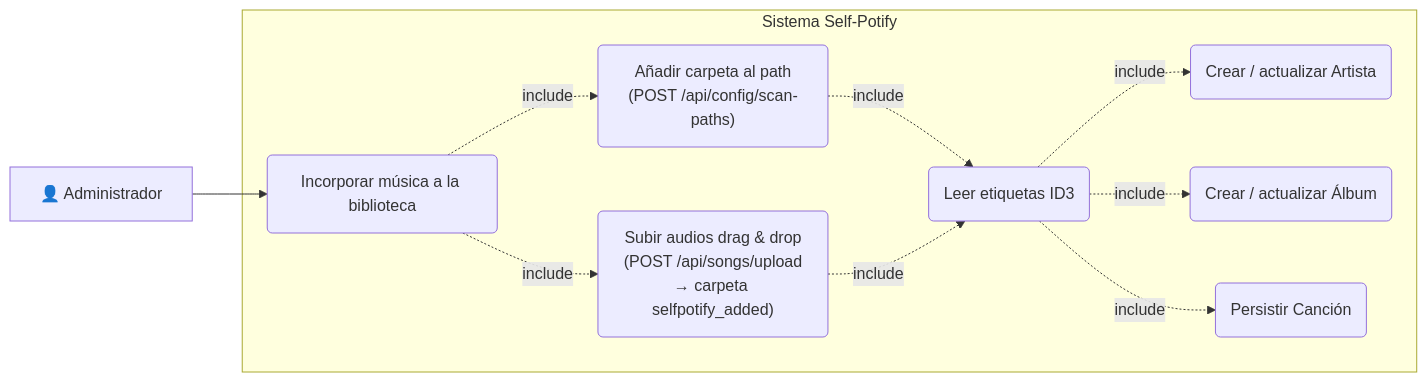
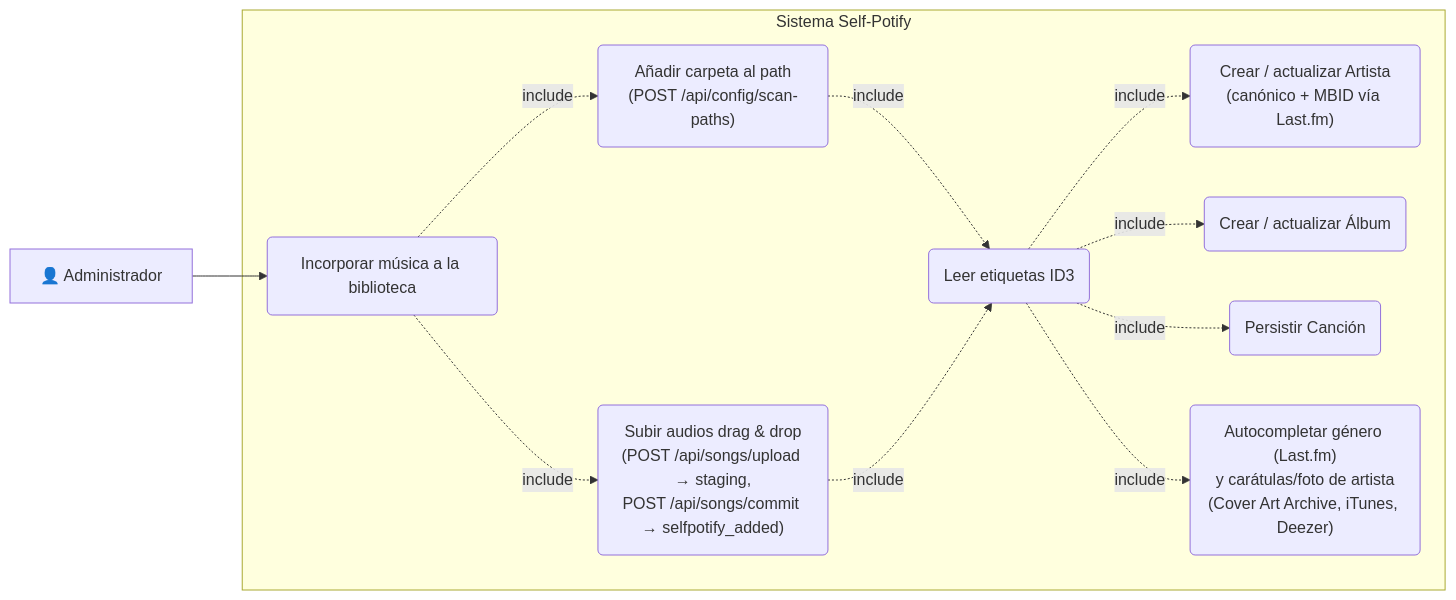
Before and after one commit to conguchu/selfpotify: diagram 13 of 29 in README.md, drawn with Mermaid. The commit also changed other lines of this file and 4 other files, not shown here.

Commit message:
(feat) subida de canciones: enriquecer en staging (genero/artista canonico/caratula) y en commit (MBID + foto de artista) reutilizando ArtistResolver

````diff
--- a/README.md
+++ b/README.md
@@ -798,23 +803,25 @@
 ```mermaid
 graph LR
     Admin["👤 Administrador"]
 
     subgraph Sistema Self-Potify
         UC1("Incorporar música a la biblioteca")
         UC1f("Añadir carpeta al path<br/>(POST /api/config/scan-paths)")
-        UC1g("Subir audios drag & drop<br/>(POST /api/songs/upload<br/>→ carpeta selfpotify_added)")
+        UC1g("Subir audios drag & drop<br/>(POST /api/songs/upload → staging,<br/>POST /api/songs/commit → selfpotify_added)")
         UC1a("Leer etiquetas ID3")
-        UC1b("Crear / actualizar Artista")
+        UC1b("Crear / actualizar Artista<br/>(canónico + MBID vía Last.fm)")
         UC1c("Crear / actualizar Álbum")
         UC1d("Persistir Canción")
+        UC1e("Autocompletar género (Last.fm)<br/>y carátulas/foto de artista<br/>(Cover Art Archive, iTunes, Deezer)")
     end
 
     Admin --> UC1
     UC1 -.->|include| UC1f
     UC1 -.->|include| UC1g
     UC1f -.->|include| UC1a
     UC1g -.->|include| UC1a
     UC1a -.->|include| UC1b
     UC1a -.->|include| UC1c
     UC1a -.->|include| UC1d
+    UC1a -.->|include| UC1e
 ```
````
